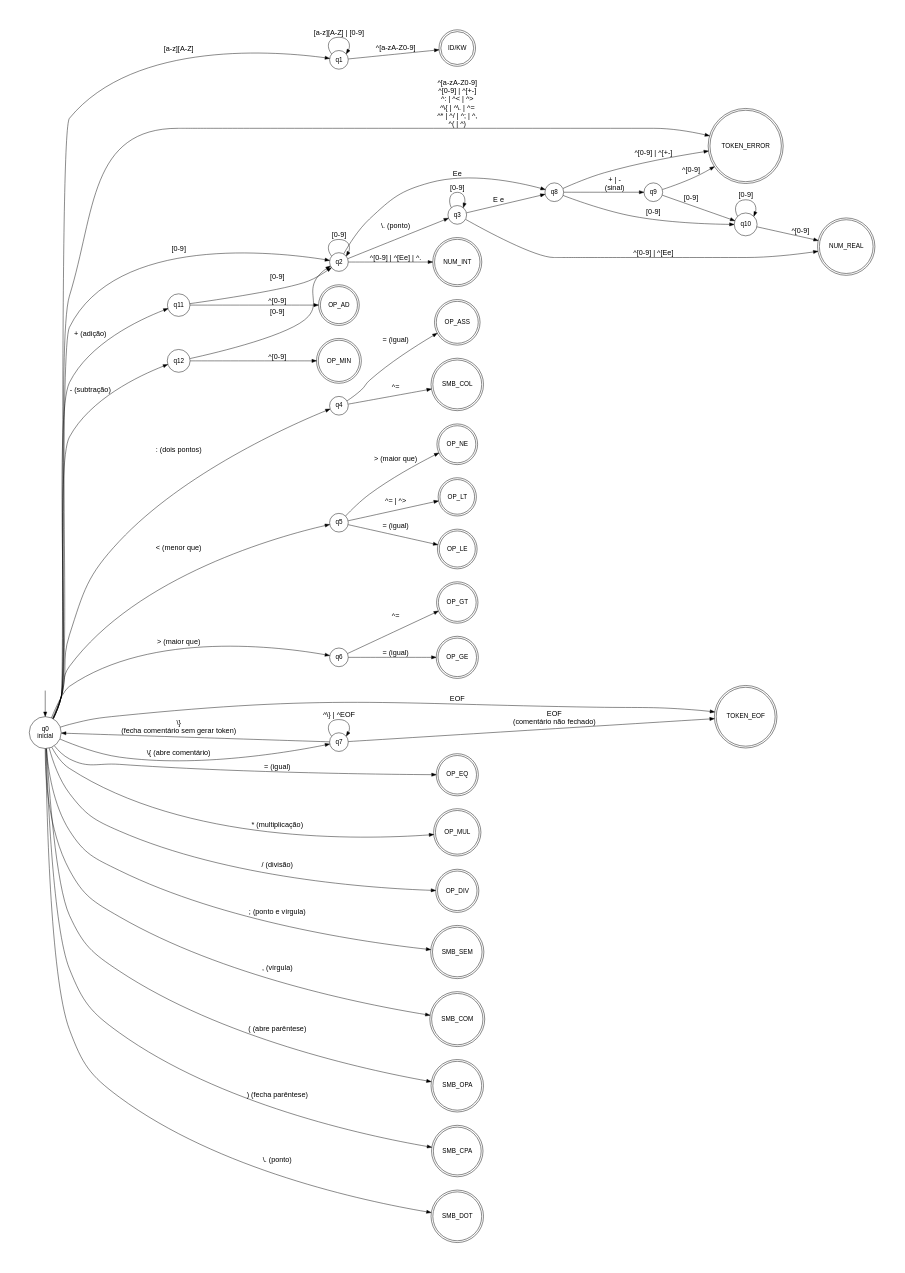
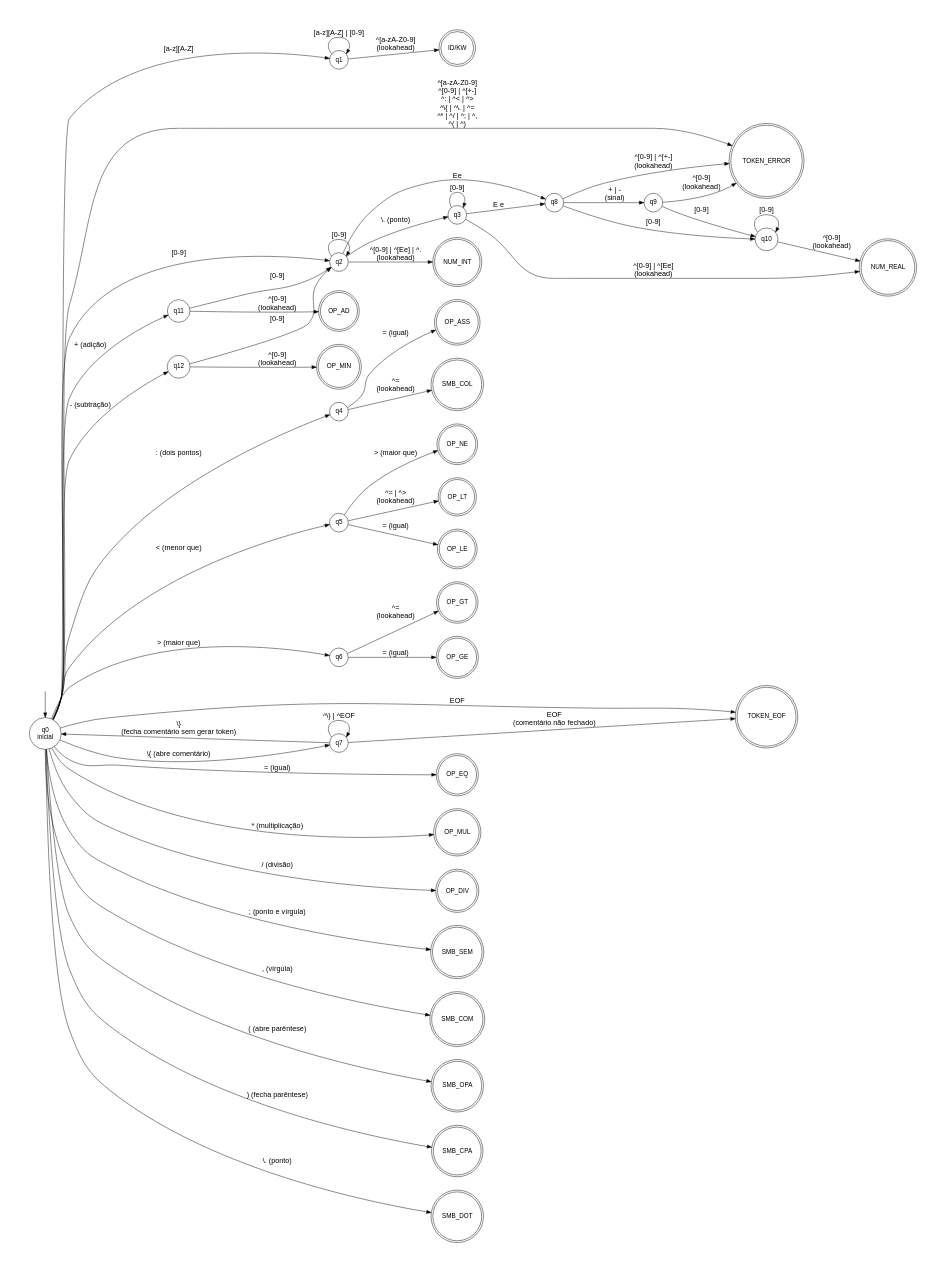
Before and after one commit to miguelhenriquecbl/LINGUAGENS-FORMAIS-AUT-MATOS-E-COMPILADORES: the diagram in Trabalho/analisador-lexico/AFDs/codigo/afd_completo.dot, drawn with Graphviz. The commit also changed 1 other file, not shown here.

```diff
--- a/Trabalho/analisador-lexico/AFDs/codigo/afd_completo.dot
+++ b/Trabalho/analisador-lexico/AFDs/codigo/afd_completo.dot
@@ -1,133 +1,133 @@
 digraph afd_completo {
     rankdir=LR;
     nodesep=0.4;
     pad=0.8;
     node [shape=circle, fontname="Arial"];
     edge [fontname="Arial", fontsize=16];
 
     /* estado invisível pra seta de entrada */
     inicio [shape=none, label=""];
 
     { rank=same; inicio; q0}
 
     { rank=same; q1; q2; q4; q5; q6; q7; }
 
     { rank=same; qTOKEN_EOF; qTOKEN_ERROR; }
 
     /* Estado Inicial */
     q0 [label="q0\ninicial"];
 
     /* estados intermediários */
     q1 [label="q1"];
     q2 [label="q2"];
     q3 [label="q3"];
     q4 [label="q4"];
     q5 [label="q5"];
     q6 [label="q6"];
     q7 [label="q7"];
     q8 [label="q8"];
     q9 [label="q9"];
     q10 [label="q10"];
     q11 [label="q11"];
     q12 [label="q12"];
 
     /* estados finais — círculo duplo */
     node [shape=doublecircle];
 
     /* Palavras reservadas, Identificador e Tipos Números  */
     qID_KW [label="ID/KW"];
     qNUM_INT [label="NUM_INT"];
     qNUM_REAL [label="NUM_REAL"];
 
     /* Operadores relacionais */
     qOP_EQ [label="OP_EQ"]; /* = */
     qOP_NE [label="OP_NE"]; /* <> */
     qOP_LT [label="OP_LT"]; /* < */
     qOP_LE [label="OP_LE"]; /* <= */
     qOP_GT [label="OP_GT"]; /* > */
     qOP_GE [label="OP_GE"]; /* >= */
 
     /* Operadores aritméticos */
     qOP_AD [label="OP_AD"]; /* + */
     qOP_MIN [label="OP_MIN"]; /* - */
     qOP_MUL [label="OP_MUL"]; /* * */
     qOP_DIV [label="OP_DIV"]; /* / */
     qOP_ASS [label="OP_ASS"]; /* := */
 
     /* Símbolos */
     qSMB_SEM [label="SMB_SEM"]; /* ; */
     qSMB_COM [label="SMB_COM"]; /* , */
     qSMB_OPA [label="SMB_OPA"]; /* ( */
     qSMB_CPA [label="SMB_CPA"]; /* ) */
     qSMB_COL [label="SMB_COL"]; /* : */
     qSMB_DOT [label="SMB_DOT"]; /* . */
 
     /* Especiais */
     qTOKEN_EOF [shape=doublecircle label="TOKEN_EOF"]; /* Fim do arquivo */
     qTOKEN_ERROR [shape=doublecircle label="TOKEN_ERROR"]; /* Erro léxico */
 
     /* seta de entrada */
     inicio -> q0;
 
     /* q0 -> estados intermediários */
     q0 -> qTOKEN_ERROR [label="^[a-zA-Z0-9]\n^[0-9] | ^[+-]\n^: | ^< | ^>\n^\\{ | ^\\. | ^=\n^* | ^/ | ^; | ^,\n^( | ^)"];
     q0 -> qTOKEN_EOF [label="EOF"];
 
     q0 -> q1 [label="[a-z][A-Z]"];
     q1 -> q1 [label="[a-z][A-Z] | [0-9]"];
-    q1 -> qID_KW [label="^[a-zA-Z0-9]"];
+    q1 -> qID_KW [label="^[a-zA-Z0-9]\n(lookahead)"];
 
     q0 -> q2 [label="[0-9]"];
     q2 -> q2 [label="[0-9]"];
     q2 -> q8 [label="Ee"];
-    q2 -> qNUM_INT [label="^[0-9] | ^[Ee] | ^\."];
+    q2 -> qNUM_INT [label="^[0-9] | ^[Ee] | ^\.\n(lookahead)"];
 
     q2 -> q3 [label="\\. (ponto)"];
     q3 -> q3 [label="[0-9]"];
     q3 -> q8 [label="E e"];
-    q3 -> qNUM_REAL [label="^[0-9] | ^[Ee]"];
+    q3 -> qNUM_REAL [label="^[0-9] | ^[Ee]\n(lookahead)"];
 
     q0 -> q4 [label=": (dois pontos)"]; 
     q4 -> qOP_ASS [label="= (igual)"]; 
-    q4 -> qSMB_COL [label="^="]; 
+    q4 -> qSMB_COL [label="^=\n(lookahead)"]; 
 
     q0 -> q5 [label="< (menor que)"]; 
     q5 -> qOP_NE [label="> (maior que)"]; 
     q5 -> qOP_LE [label="= (igual)"]; 
-    q5 -> qOP_LT [label="^= | ^>"];
+    q5 -> qOP_LT [label="^= | ^>\n(lookahead)"];
 
     q0 -> q6 [label="> (maior que)"]; 
     q6 -> qOP_GE [label="= (igual)"]; 
-    q6 -> qOP_GT [label="^="];
+    q6 -> qOP_GT [label="^=\n(lookahead)"];
 
     q0 -> q7 [label="\\{ (abre comentário)"]; 
     q7 -> q7 [label="^\\} | ^EOF"];
     q7 -> q0 [label="\\}\n (fecha comentário sem gerar token)"];
     q7 -> qTOKEN_EOF [label="EOF\n(comentário não fechado)"];
 
     q0 -> qOP_EQ [label="= (igual)", minlen=3]; 
     q0 -> qOP_MUL [label="* (multiplicação)", minlen=3]; 
     q0 -> qOP_DIV [label="/ (divisão)", minlen=3]; 
 
     q0 -> qSMB_SEM [label="; (ponto e vírgula)", minlen=3]; 
     q0 -> qSMB_COM [label=", (vírgula)", minlen=3]; 
     q0 -> qSMB_OPA [label="( (abre parêntese)", minlen=3]; 
     q0 -> qSMB_CPA [label=") (fecha parêntese)", minlen=3]; 
     q0 -> qSMB_DOT [label="\\. (ponto)", minlen=3];
 
     q0 -> q11 [label="+ (adição)"]; 
     q11 -> q2 [label="[0-9]"]; 
-    q11 -> qOP_AD [label="^[0-9]"];
+    q11 -> qOP_AD [label="^[0-9]\n(lookahead)"];
 
     q0 -> q12 [label="- (subtração)"]; 
     q12 -> q2 [label="[0-9]"]
-    q12 -> qOP_MIN [label="^[0-9]"]
+    q12 -> qOP_MIN [label="^[0-9]\n(lookahead)"]
 
     q8 -> q9 [label="+ | -\n(sinal)"]
     q8 -> q10 [label="[0-9]"]
     q9 -> q10 [label="[0-9]"]
     q10 -> q10 [label="[0-9]"]
-    q8 -> qTOKEN_ERROR [label="^[0-9] | ^[+-]"];
-    q9 -> qTOKEN_ERROR [label="^[0-9]"];
-    q10 -> qNUM_REAL [label="^[0-9]"];
+    q8 -> qTOKEN_ERROR [label="^[0-9] | ^[+-]\n(lookahead)"];
+    q9 -> qTOKEN_ERROR [label="^[0-9]\n(lookahead)"];
+    q10 -> qNUM_REAL [label="^[0-9]\n(lookahead)"];
 }
```
